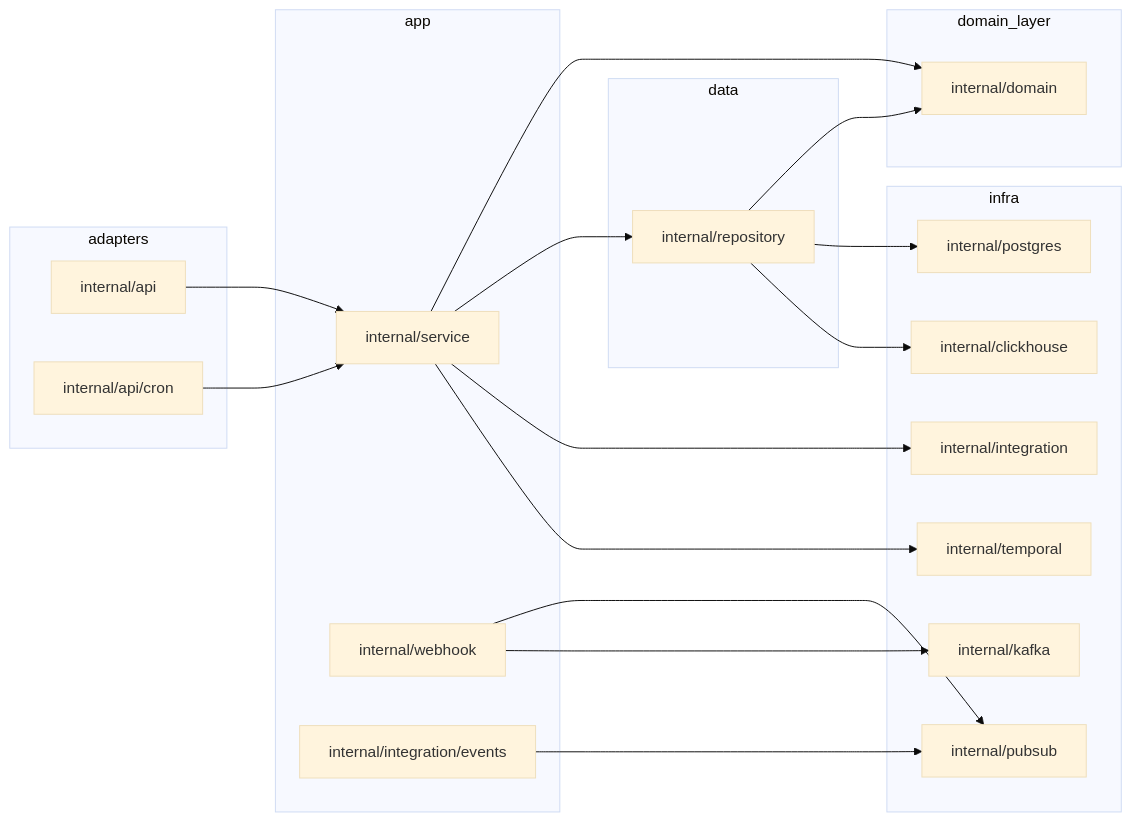
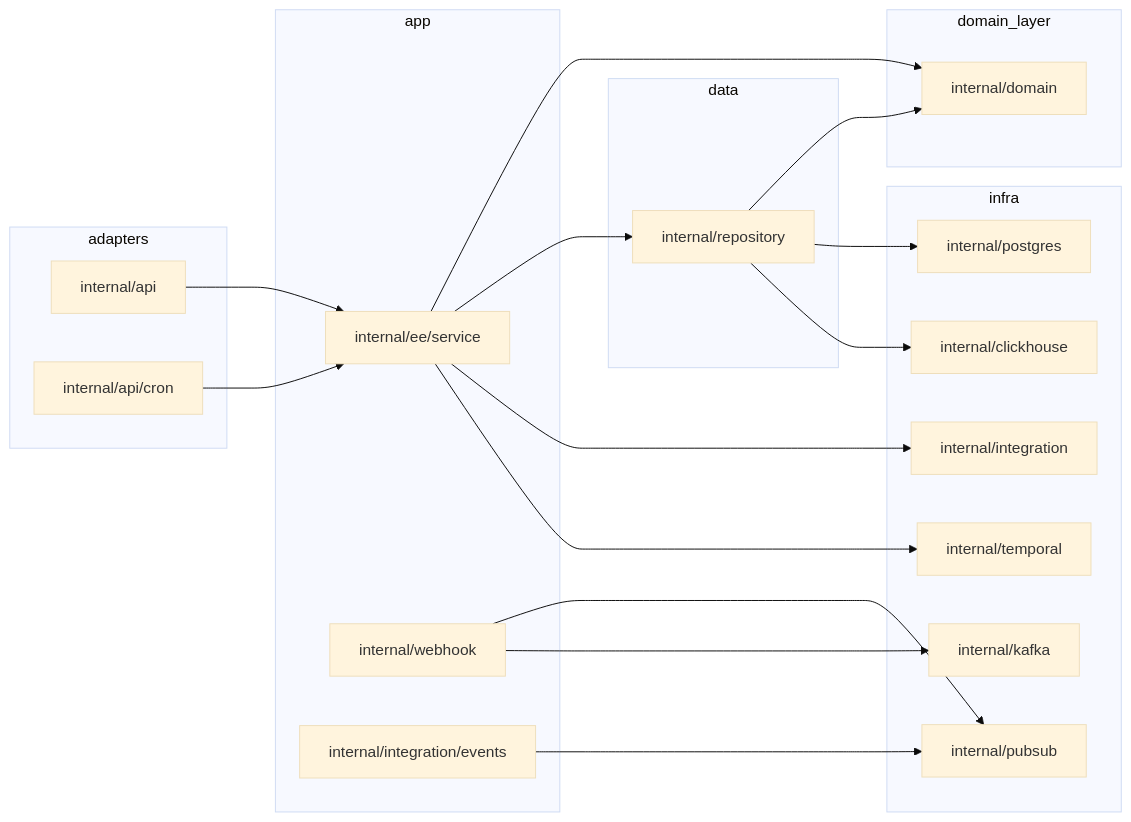
The diagram in docs/DEPENDENCY_GRAPH.md (flexprice/flexprice), drawn with Mermaid (base theme) before and after one commit. The commit also changed other lines of this file and 136 other files, not shown here.

````diff
--- a/docs/DEPENDENCY_GRAPH.md
+++ b/docs/DEPENDENCY_GRAPH.md
@@ -11,39 +11,39 @@
 ```mermaid
 flowchart LR
   subgraph adapters
     API[internal/api]
     CRON[internal/api/cron]
   end
   subgraph app
-    SVC[internal/service]
+    SVC[internal/ee/service]
     WH[internal/webhook]
     IE[internal/integration/events]
   end
   subgraph domain_layer
     DOM[internal/domain]
   end
   subgraph data
     REPO[internal/repository]
   end
   subgraph infra
     PG[internal/postgres]
     CH[internal/clickhouse]
     KAFKA[internal/kafka]
     PS[internal/pubsub]
     TMP[internal/temporal]
     INT[internal/integration]
   end
 
   API --> SVC
   CRON --> SVC
   SVC --> DOM
   SVC --> REPO
   SVC --> INT
   SVC --> TMP
   REPO --> DOM
   REPO --> PG
   REPO --> CH
   WH --> PS
   WH --> KAFKA
   IE --> PS
 ```
````
